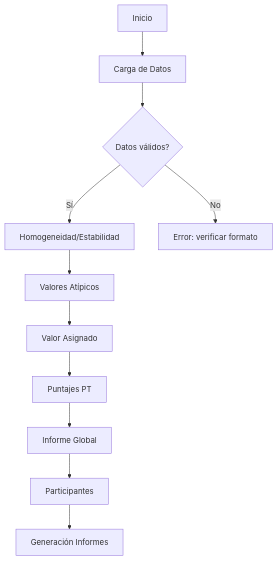
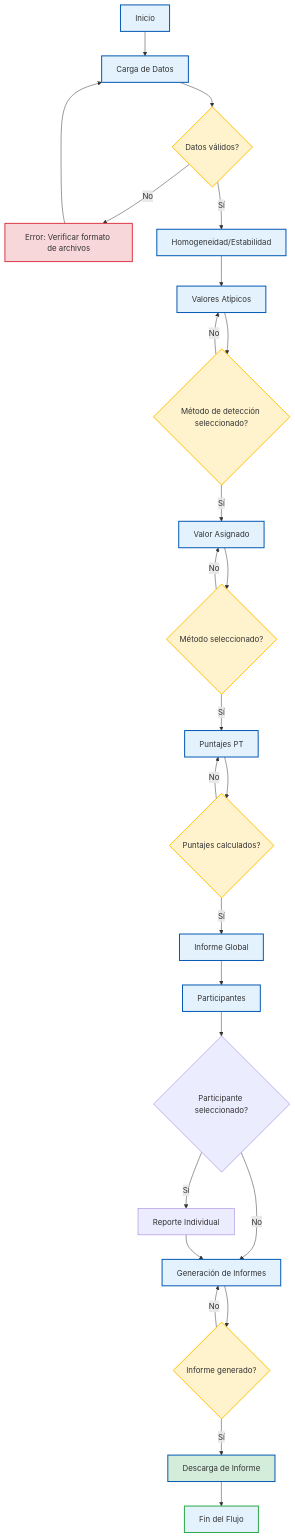
Before and after one commit to willl182/pt_app: the diagram in deliv/05_prototipo_ui/mmd/diagrama_navegacion.mmd, drawn with Mermaid. The commit also changed 263 other files, not shown here.

```diff
--- a/deliv/05_prototipo_ui/mmd/diagrama_navegacion.mmd
+++ b/deliv/05_prototipo_ui/mmd/diagrama_navegacion.mmd
@@ -1,11 +1,48 @@
 flowchart TD
     A[Inicio] --> B[Carga de Datos]
+    
     B --> C{Datos válidos?}
+    C -->|No| E[Error: Verificar formato de archivos]
     C -->|Sí| D[Homogeneidad/Estabilidad]
-    C -->|No| E[Error: verificar formato]
+    
+    E --> B
+    
     D --> F[Valores Atípicos]
-    F --> G[Valor Asignado]
-    G --> H[Puntajes PT]
-    H --> I[Informe Global]
-    I --> J[Participantes]
-    J --> K[Generación Informes]
+    F --> G{Método de detección seleccionado?}
+    G -->|No| F
+    G -->|Sí| H[Valor Asignado]
+    
+    H --> I{Método seleccionado?}
+    I -->|No| H
+    I -->|Sí| J[Puntajes PT]
+    
+    J --> K{Puntajes calculados?}
+    K -->|No| J
+    K -->|Sí| L[Informe Global]
+    
+    L --> M[Participantes]
+    M --> N{Participante seleccionado?}
+    N -->|Sí| O[Reporte Individual]
+    N -->|No| P[Generación de Informes]
+    
+    O --> P
+    P --> Q{Informe generado?}
+    Q -->|No| P
+    Q -->|Sí| R[Descarga de Informe]
+    
+    R --> S[Fin del Flujo]
+    
+    style A fill:#e3f2fd
+    style R fill:#d4edda
+    style E fill:#f8d7da
+    style S fill:#e3f2fd
+    
+    classDef navNode fill:#e3f2fd,stroke:#0056b3,stroke-width:2px
+    classDef decisionNode fill:#fff3cd,stroke:#ffc107,stroke-width:2px
+    classDef errorNode fill:#f8d7da,stroke:#dc3545,stroke-width:2px
+    classDef successNode fill:#d4edda,stroke:#28a745,stroke-width:2px
+    
+    class A,B,D,F,H,J,L,M,P,R navNode
+    class C,G,I,K,Q decisionNode
+    class E errorNode
+    class S successNode
```
